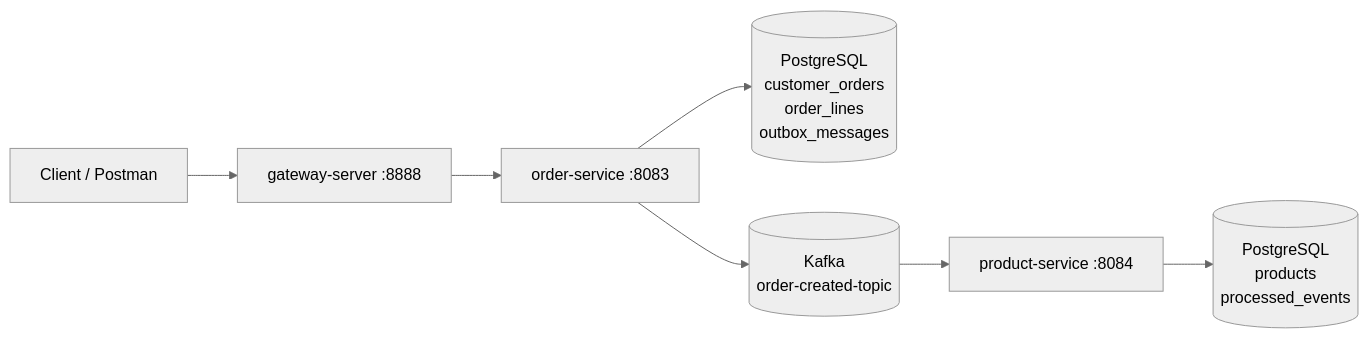
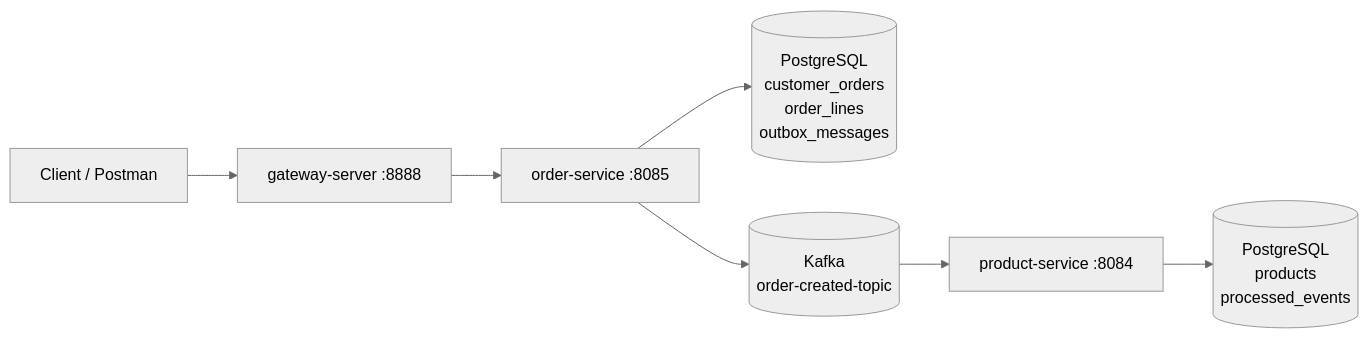
The first of 2 diagrams in docs/order-product-event-flow.md (tamerakdeniz/Microservices-Spring-GYGY-5.0), drawn with Mermaid (neutral theme) before and after one commit. The commit also changed other lines of this file and 1 other file, not shown here.

Commit message:
feat: Add order database configuration in Docker Compose and update documentation for order service port

````diff
--- a/docs/order-product-event-flow.md
+++ b/docs/order-product-event-flow.md
@@ -18,17 +18,17 @@
 ```mermaid
 flowchart LR
     Client["Client / Postman"]
     Gateway["gateway-server :8888"]
-    Order["order-service :8083"]
+    Order["order-service :8085"]
     OrderDb[("PostgreSQL\ncustomer_orders\norder_lines\noutbox_messages")]
     Kafka[("Kafka\norder-created-topic")]
     Product["product-service :8084"]
     ProductDb[("PostgreSQL\nproducts\nprocessed_events")]
 
     Client --> Gateway
     Gateway --> Order
     Order --> OrderDb
     Order --> Kafka
     Kafka --> Product
     Product --> ProductDb
 ```
````
